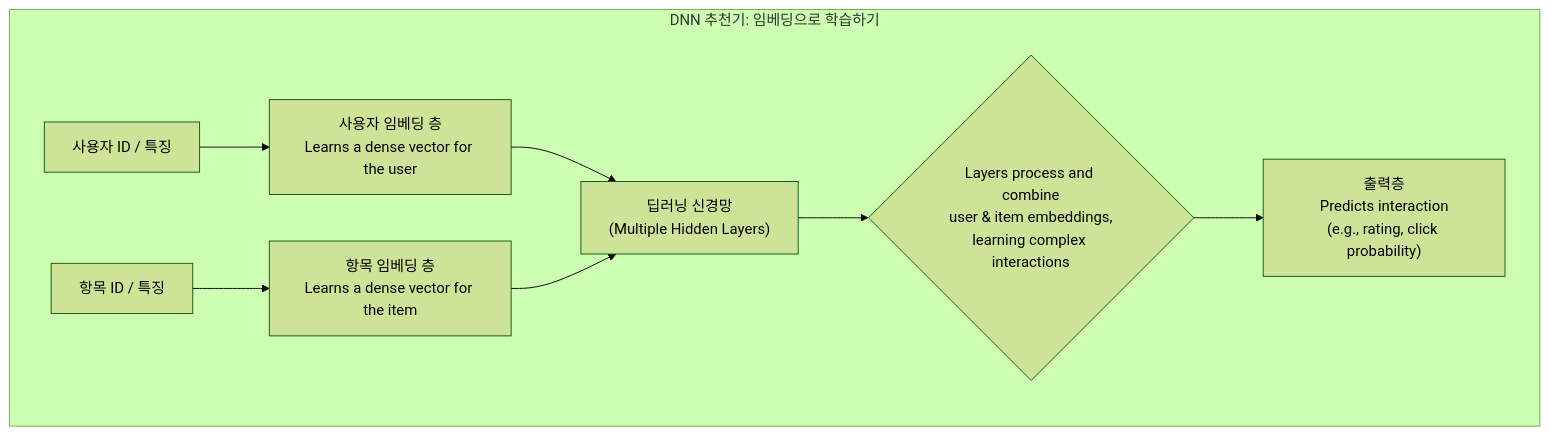
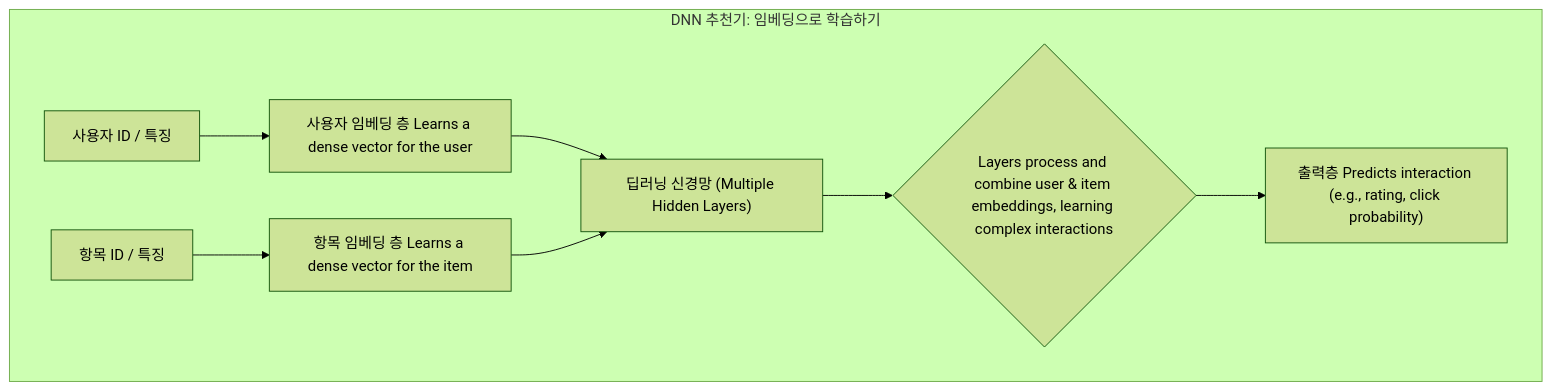
One commit to gh-shin/suggest-models-example changed the seventh of 11 diagrams in ConstructivistLearningPath.md. Above: the diagram before and after it, drawn with Mermaid (forest theme). The commit also changed other lines of this file, not shown here.

Commit message:
modify mermaid

````diff
--- a/ConstructivistLearningPath.md
+++ b/ConstructivistLearningPath.md
@@ -252,13 +282,13 @@
     ```mermaid
     graph TD
         subgraph "DNN 추천기: 임베딩으로 학습하기"
-            U_Input["사용자 ID / 특징"] --> U_Embed["사용자 임베딩 층\nLearns a dense vector for the user"]
-            I_Input["항목 ID / 특징"] --> I_Embed["항목 임베딩 층\nLearns a dense vector for the item"]
+            U_Input["사용자 ID / 특징"] --> U_Embed["사용자 임베딩 층 Learns a dense vector for the user"]
+            I_Input["항목 ID / 특징"] --> I_Embed["항목 임베딩 층 Learns a dense vector for the item"]
 
-            U_Embed --> Network_Core["딥러닝 신경망\n(Multiple Hidden Layers)"]
+            U_Embed --> Network_Core["딥러닝 신경망 (Multiple Hidden Layers)"]
             I_Embed --> Network_Core
 
-            Network_Core --> Processing{"Layers process and combine\nuser & item embeddings,\nlearning complex interactions"}
-            Processing --> Output["출력층\nPredicts interaction\n(e.g., rating, click probability)"]
+            Network_Core --> Processing{"Layers process and combine user & item embeddings, learning complex interactions"}
+            Processing --> Output["출력층 Predicts interaction (e.g., rating, click probability)"]
         end
     ```
````
